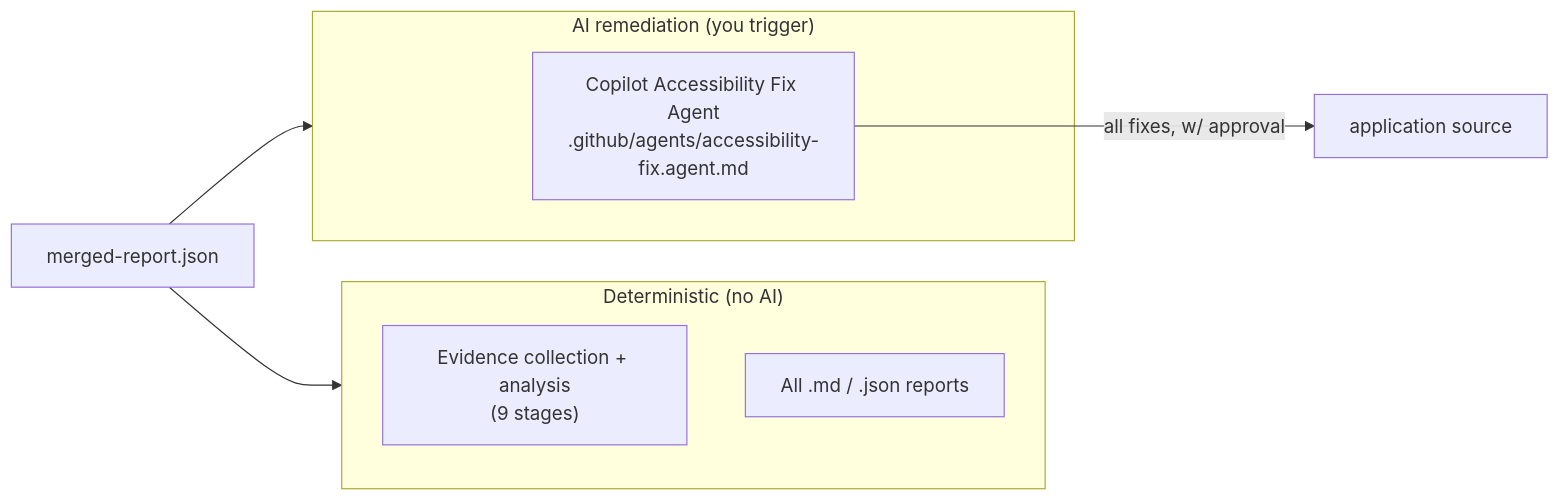
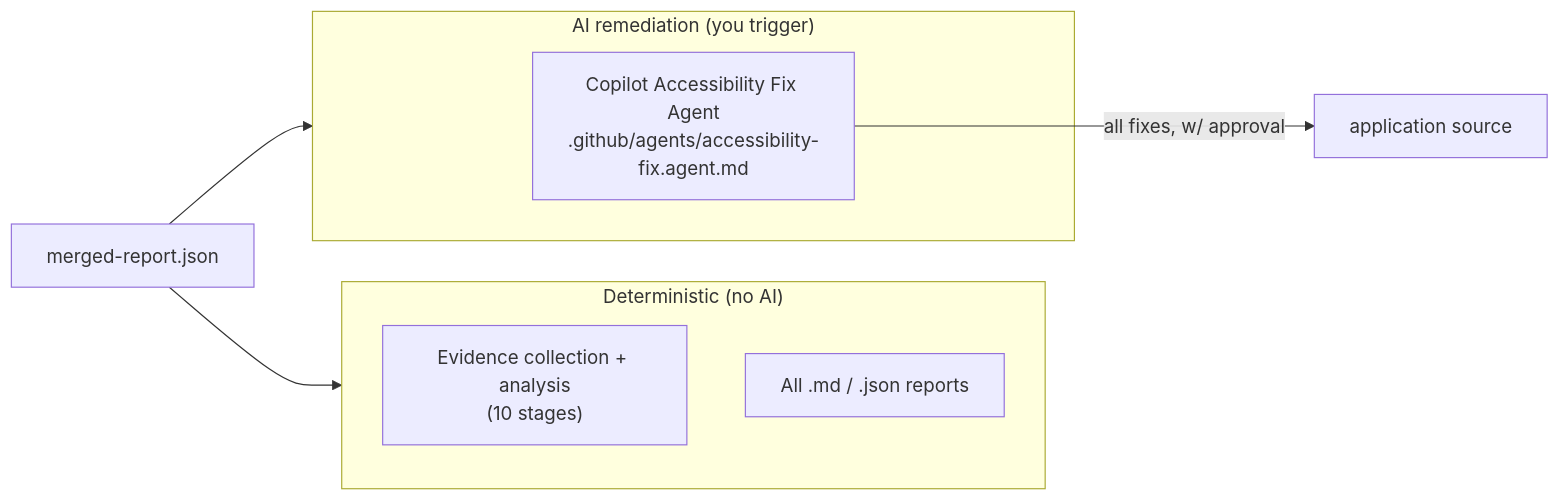
One commit to vivek1952p/GiftApp changed the eighth of 8 diagrams in ADA Harness/ARCHITECTURE.md. Above: the diagram before and after it, drawn with Mermaid. The commit also changed other lines of this file and 2 other files, not shown here.

Commit message:
readme-architecture-update

````diff
--- a/ADA Harness/ARCHITECTURE.md
+++ b/ADA Harness/ARCHITECTURE.md
@@ -369,13 +400,13 @@
 ```mermaid
 flowchart LR
     subgraph NOAI["Deterministic (no AI)"]
-        SCAN["Evidence collection + analysis<br/>(9 stages)"]
+        SCAN["Evidence collection + analysis<br/>(10 stages)"]
         REP["All .md / .json reports"]
     end
     subgraph AIREM["AI remediation (you trigger)"]
         COP["Copilot Accessibility Fix Agent<br/>.github/agents/accessibility-fix.agent.md"]
     end
     MR[merged-report.json] --> NOAI
     MR --> AIREM
     COP -->|all fixes, w/ approval| SRC["application source"]
 ```
````
